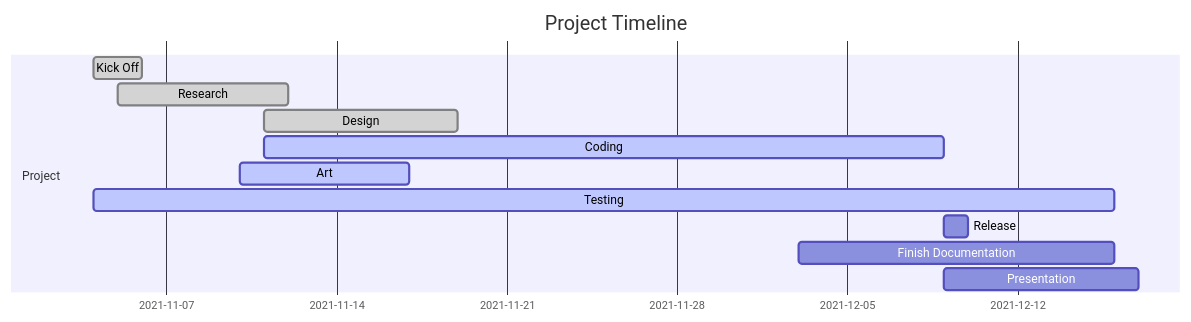
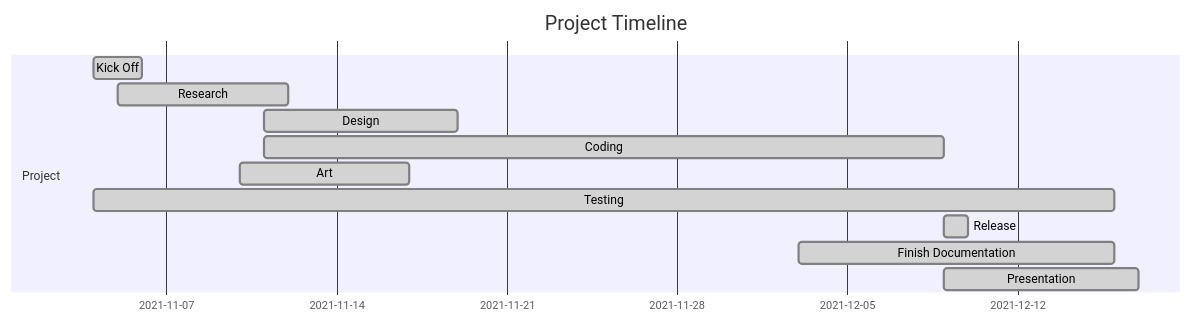
Before and after one commit to IlkkaTakala/Eril-Engine: the first of 6 diagrams in docs/ProjectPlan.md, drawn with Mermaid. The commit also changed other lines of this file and 2 other files, not shown here.

````diff
--- a/docs/ProjectPlan.md
+++ b/docs/ProjectPlan.md
@@ -58,16 +47,16 @@
 ```mermaid
 gantt
 dateFormat  DD-MM
 title Project Timeline
 
 section Project
 Kick Off                :done,    des1, 04-11, 2d
 Research                :done,    des2, 05-11, 12-11
 Design                  :done,    des3, 11-11, 19-11
-Coding                  :active,  des4, 11-11, 09-12
-Art                     :active,  des4, 10-11, 17-11
-Testing                 :active,  des4, 04-11, 16-12
-Release                 :         des4, 09-12, 10-12
-Finish Documentation    :         des4, 03-12, 16-12
-Presentation            :         des4, 09-12, 17-12
+Coding                  :done,    des4, 11-11, 09-12
+Art                     :done,    des4, 10-11, 17-11
+Testing                 :done,    des4, 04-11, 16-12
+Release                 :done,    des4, 09-12, 10-12
+Finish Documentation    :done,    des4, 03-12, 16-12
+Presentation            :done,    des4, 09-12, 17-12
 ```
````
